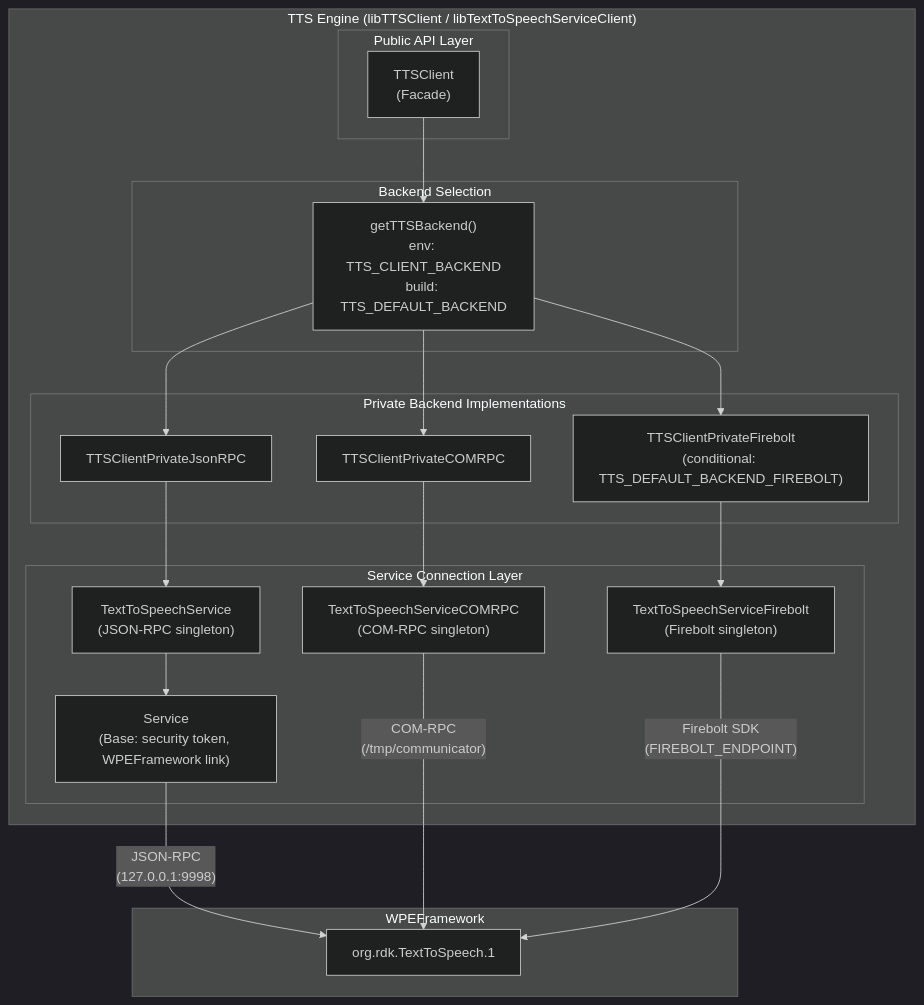
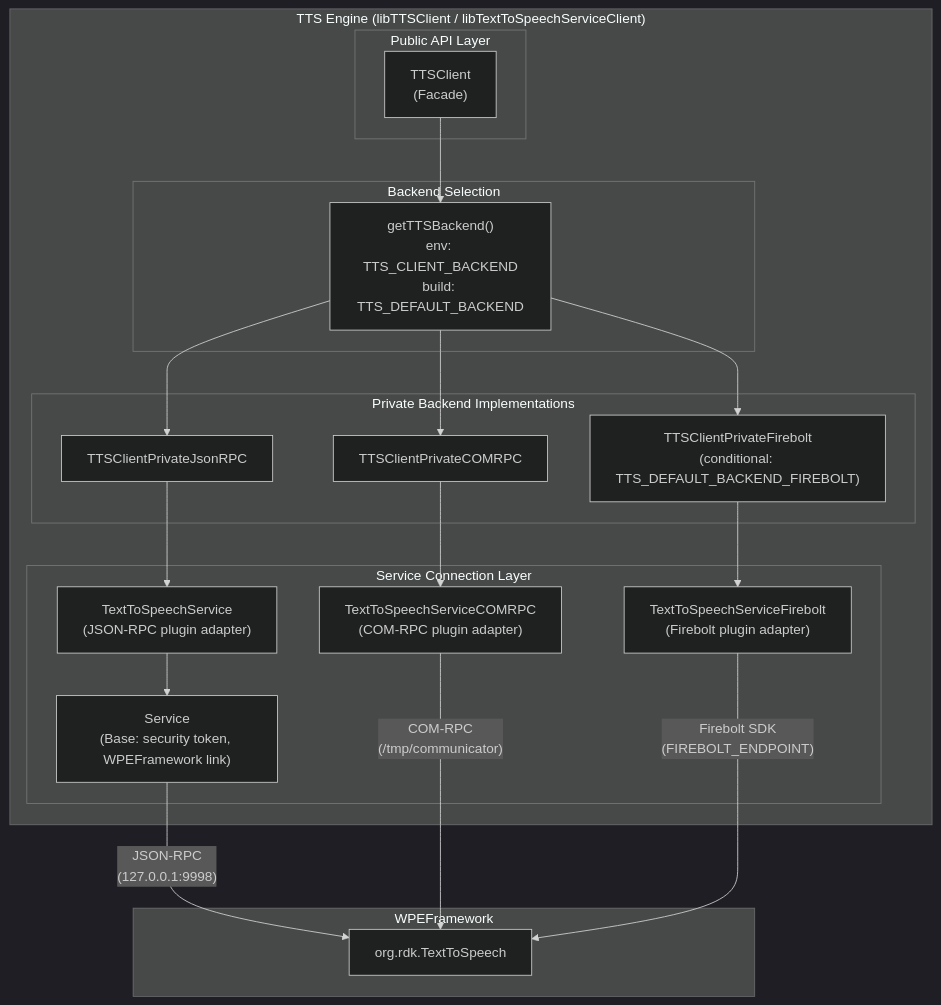
One commit to rns21/RDK_Documentation changed the second of 7 diagrams in docs/docu/RDKV-Documentations/tts_engine.md. Above: the diagram before and after it, drawn with Mermaid (dark theme). The commit also changed other lines of this file, not shown here.

````diff
--- a/docs/docu/RDKV-Documentations/tts_engine.md
+++ b/docs/docu/RDKV-Documentations/tts_engine.md
@@ -69,41 +69,41 @@
 ```mermaid
 graph TD
     subgraph TTSEngineLibrary["TTS Engine (libTTSClient / libTextToSpeechServiceClient)"]
         subgraph PublicAPI["Public API Layer"]
             TC["TTSClient\n(Facade)"]
         end
 
         subgraph BackendSelector["Backend Selection"]
             BS["getTTSBackend()\nenv: TTS_CLIENT_BACKEND\nbuild: TTS_DEFAULT_BACKEND"]
         end
 
         subgraph Backends["Private Backend Implementations"]
             JSONRPC["TTSClientPrivateJsonRPC"]
             COMRPC["TTSClientPrivateCOMRPC"]
             FB["TTSClientPrivateFirebolt\n(conditional: TTS_DEFAULT_BACKEND_FIREBOLT)"]
         end
 
         subgraph ServiceLayer["Service Connection Layer"]
-            SVC_JSON["TextToSpeechService\n(JSON-RPC singleton)"]
-            SVC_COM["TextToSpeechServiceCOMRPC\n(COM-RPC singleton)"]
-            SVC_FB["TextToSpeechServiceFirebolt\n(Firebolt singleton)"]
+            SVC_JSON["TextToSpeechService\n(JSON-RPC plugin adapter)"]
+            SVC_COM["TextToSpeechServiceCOMRPC\n(COM-RPC plugin adapter)"]
+            SVC_FB["TextToSpeechServiceFirebolt\n(Firebolt plugin adapter)"]
             SVC_BASE["Service\n(Base: security token, WPEFramework link)"]
         end
     end
 
     subgraph ThunderPlugin["WPEFramework"]
-        TTS_PLUGIN["org.rdk.TextToSpeech.1"]
+        TTS_PLUGIN["org.rdk.TextToSpeech"]
     end
 
     TC --> BS
     BS --> JSONRPC
     BS --> COMRPC
     BS --> FB
     JSONRPC --> SVC_JSON
     COMRPC --> SVC_COM
     FB --> SVC_FB
     SVC_JSON --> SVC_BASE
     SVC_BASE -->|"JSON-RPC\n(127.0.0.1:9998)"| TTS_PLUGIN
     SVC_COM -->|"COM-RPC\n(/tmp/communicator)"| TTS_PLUGIN
     SVC_FB -->|"Firebolt SDK\n(FIREBOLT_ENDPOINT)"| TTS_PLUGIN
 ```
````
